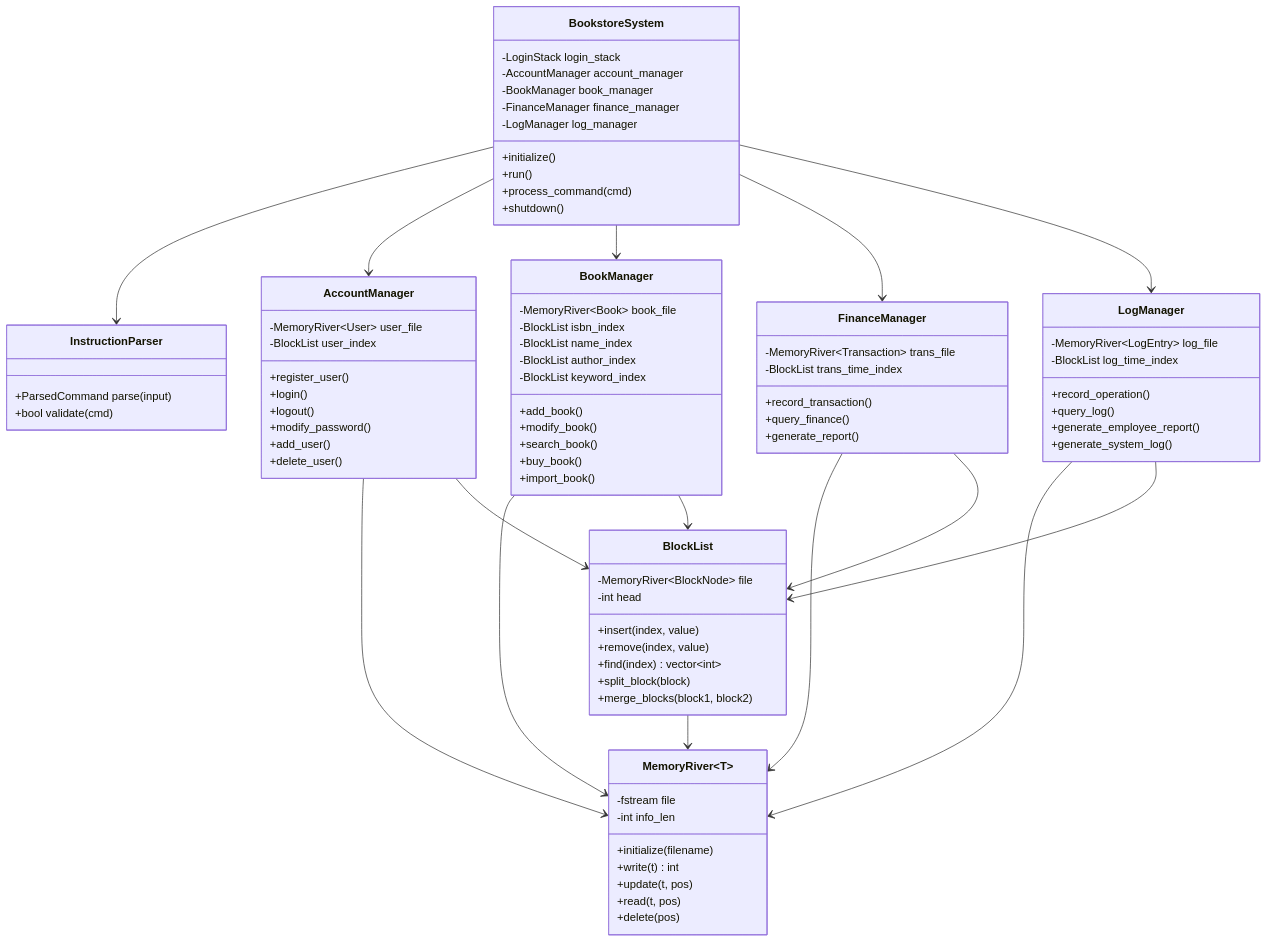
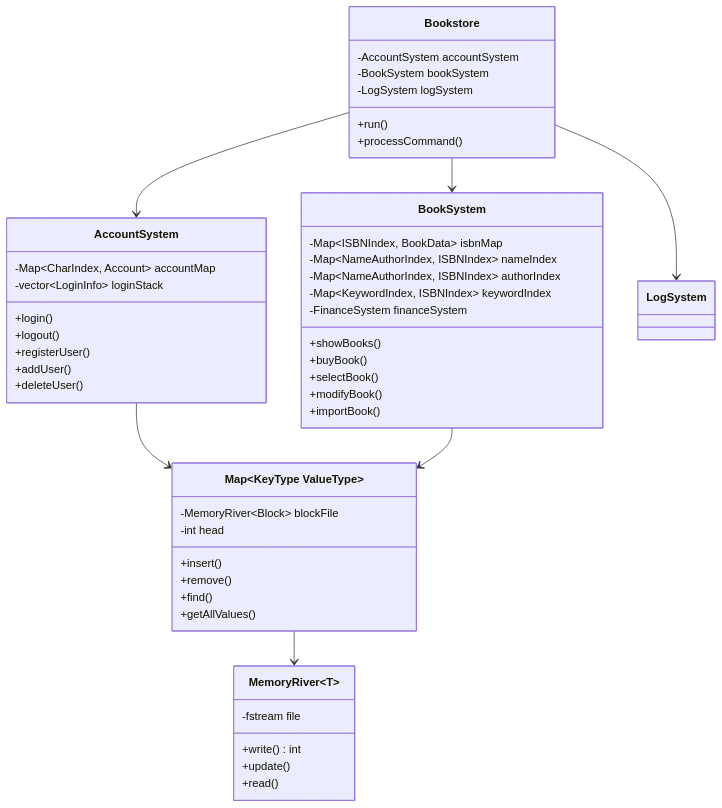
Before and after one commit to 200706215314/Bookstore-2025: the third of 3 diagrams in doc/总体设计文档.md, drawn with Mermaid. The commit also changed other lines of this file, not shown here.

````diff
--- a/doc/总体设计文档.md
+++ b/doc/总体设计文档.md
@@ -198,95 +103,56 @@
 ```mermaid
 classDiagram
-    class BookstoreSystem {
-        -LoginStack login_stack
-        -AccountManager account_manager
-        -BookManager book_manager
-        -FinanceManager finance_manager
-        -LogManager log_manager
-        +initialize()
+    class Bookstore {
+        -AccountSystem accountSystem
+        -BookSystem bookSystem
+        -LogSystem logSystem
         +run()
-        +process_command(cmd)
-        +shutdown()
+        +processCommand()
     }
 
-    class InstructionParser {
-        +ParsedCommand parse(input)
-        +bool validate(cmd)
+    class AccountSystem {
+        -Map~CharIndex, Account~ accountMap
+        -vector~LoginInfo~ loginStack
+        +login()
+        +logout()
+        +registerUser()
+        +addUser()
+        +deleteUser()
     }
 
-    class AccountManager {
-        -MemoryRiver~User~ user_file
-        -BlockList user_index
-        +register_user()
-        +login()
-        +logout()
-        +modify_password()
-        +add_user()
-        +delete_user()
+    class BookSystem {
+        -Map~ISBNIndex, BookData~ isbnMap
+        -Map~NameAuthorIndex, ISBNIndex~ nameIndex
+        -Map~NameAuthorIndex, ISBNIndex~ authorIndex
+        -Map~KeywordIndex, ISBNIndex~ keywordIndex
+        -FinanceSystem financeSystem
+        +showBooks()
+        +buyBook()
+        +selectBook()
+        +modifyBook()
+        +importBook()
     }
 
-    class BookManager {
-        -MemoryRiver~Book~ book_file
-        -BlockList isbn_index
-        -BlockList name_index
-        -BlockList author_index
-        -BlockList keyword_index
-        +add_book()
-        +modify_book()
-        +search_book()
-        +buy_book()
-        +import_book()
+    class Map~KeyType ValueType~ {
+-MemoryRiver~Block~ blockFile
+-int head
++insert()
++remove()
++find()
++getAllValues()
+}
+
+class MemoryRiver~T~ {
+-fstream file
++write() int
++update()
++read()
     }
 
-    class FinanceManager {
-        -MemoryRiver~Transaction~ trans_file
-        -BlockList trans_time_index
-        +record_transaction()
-        +query_finance()
-        +generate_report()
-    }
-
-    class LogManager {
-        -MemoryRiver~LogEntry~ log_file
-        -BlockList log_time_index
-        +record_operation()
-        +query_log()
-        +generate_employee_report()
-        +generate_system_log()
-    }
-
-    class MemoryRiver~T~ {
-        -fstream file
-        -int info_len
-        +initialize(filename)
-        +write(t) int
-        +update(t, pos)
-        +read(t, pos)
-        +delete(pos)
-    }
-
-    class BlockList {
-        -MemoryRiver~BlockNode~ file
-        -int head
-        +insert(index, value)
-        +remove(index, value)
-        +find(index) vector~int~
-        +split_block(block)
-        +merge_blocks(block1, block2)
-    }
-
-    BookstoreSystem --> InstructionParser
-    BookstoreSystem --> AccountManager
-    BookstoreSystem --> BookManager
-    BookstoreSystem --> FinanceManager
-    BookstoreSystem --> LogManager
-    AccountManager --> MemoryRiver~User~
-    AccountManager --> BlockList
-    BookManager --> MemoryRiver~Book~
-    BookManager --> BlockList
-    FinanceManager --> MemoryRiver~Transaction~
-    FinanceManager --> BlockList
-    LogManager --> MemoryRiver~LogEntry~
-    LogManager --> BlockList
-    BlockList --> MemoryRiver~BlockNode~
+Bookstore --> AccountSystem
+Bookstore --> BookSystem
+Bookstore --> LogSystem
+AccountSystem --> Map
+BookSystem --> Map
+Map --> MemoryRiver
 ```
````
